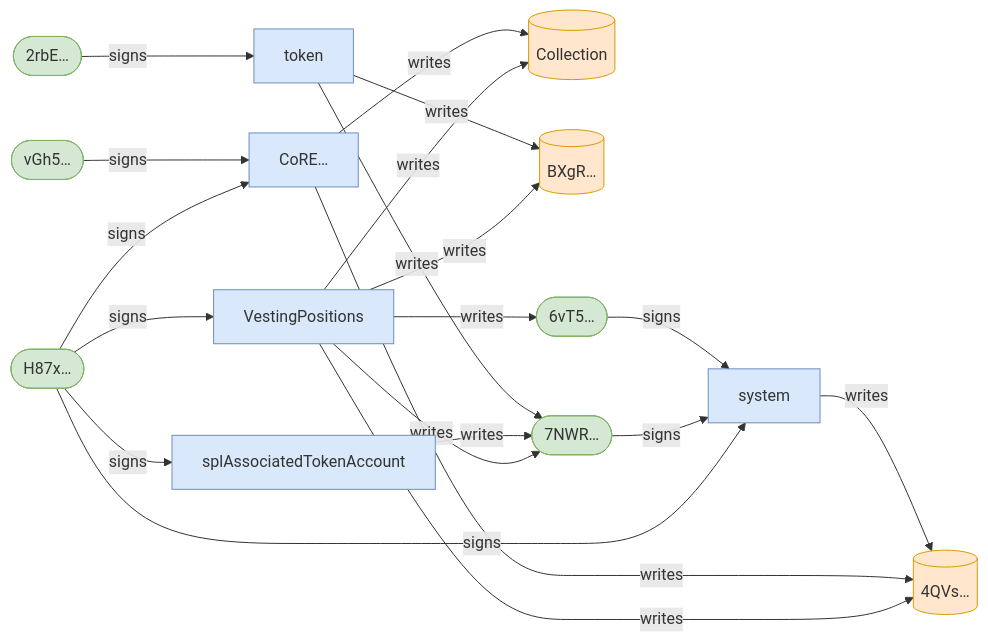
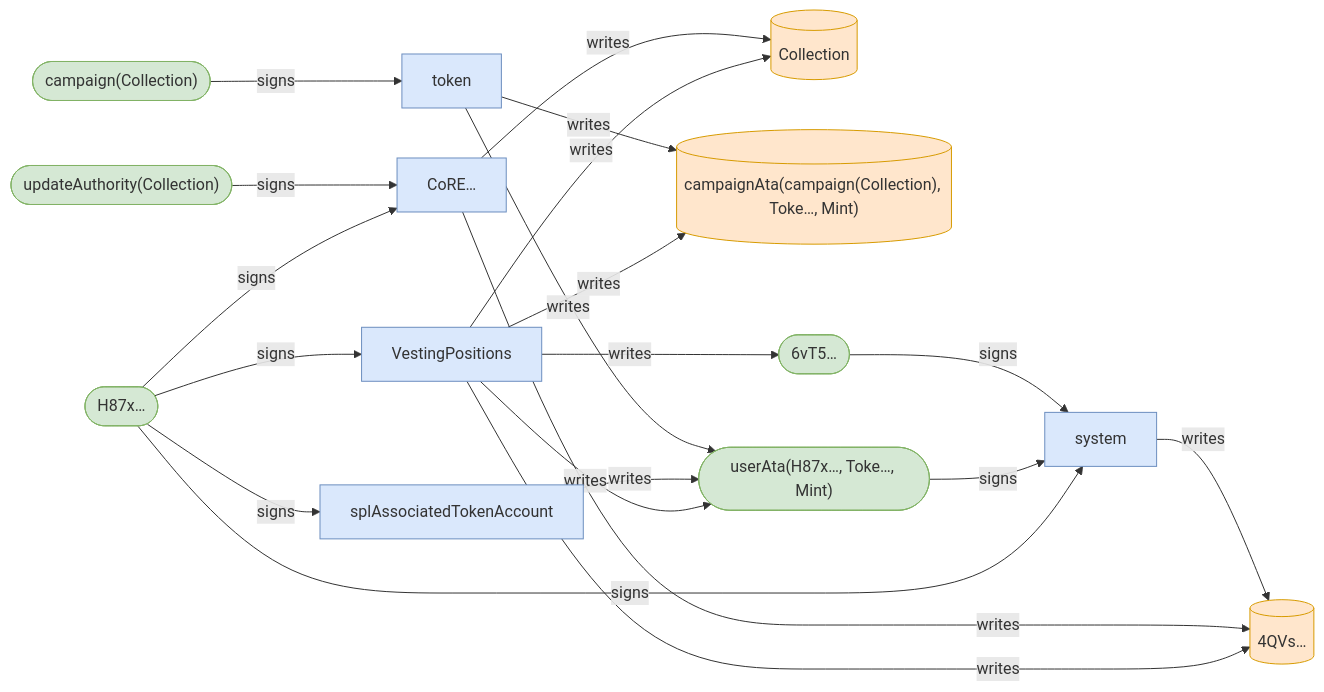
One commit to cds-turbin3/vesting-position changed diagram 11 of 15 in babelfish-tests/test-report/clawback_unclaimed_succeeds_despite_buyers_zeroed_receipt.md. Above: the diagram before and after it, drawn with Mermaid. The commit also changed other lines of this file and 51 other files, not shown here.

````diff
--- a/babelfish-tests/test-report/clawback_unclaimed_succeeds_despite_buyers_zeroed_receipt.md
+++ b/babelfish-tests/test-report/clawback_unclaimed_succeeds_despite_buyers_zeroed_receipt.md
@@ -454,38 +446,38 @@
 ```mermaid
 flowchart LR
     VestingPositions["VestingPositions"]:::program
     H87x(["H87x…"]):::signer
     Collection[("Collection")]:::state
-    BXgR[("BXgR…")]:::state
-    7NWR(["7NWR…"]):::signer
+    campaignAtacampaignCollectionTokeMint[("campaignAta(campaign(Collection), Toke…, Mint)")]:::state
+    userAtaH87xTokeMint(["userAta(H87x…, Toke…, Mint)"]):::signer
     4QVs[("4QVs…")]:::state
     6vT5(["6vT5…"]):::signer
     splAssociatedTokenAccount["splAssociatedTokenAccount"]:::program
     token["token"]:::program
     system["system"]:::program
     CoRE["CoRE…"]:::program
-    vGh5(["vGh5…"]):::signer
-    2rbE(["2rbE…"]):::signer
+    updateAuthorityCollection(["updateAuthority(Collection)"]):::signer
+    campaignCollection(["campaign(Collection)"]):::signer
     H87x -->|signs| VestingPositions
     VestingPositions -->|writes| Collection
-    VestingPositions -->|writes| BXgR
-    VestingPositions -->|writes| 7NWR
+    VestingPositions -->|writes| campaignAtacampaignCollectionTokeMint
+    VestingPositions -->|writes| userAtaH87xTokeMint
     VestingPositions -->|writes| 4QVs
     VestingPositions -->|writes| 6vT5
     H87x -->|signs| splAssociatedTokenAccount
-    splAssociatedTokenAccount -->|writes| 7NWR
+    splAssociatedTokenAccount -->|writes| userAtaH87xTokeMint
     H87x -->|signs| system
-    7NWR -->|signs| system
-    token -->|writes| 7NWR
+    userAtaH87xTokeMint -->|signs| system
+    token -->|writes| userAtaH87xTokeMint
     6vT5 -->|signs| system
     CoRE -->|writes| 4QVs
     CoRE -->|writes| Collection
     H87x -->|signs| CoRE
-    vGh5 -->|signs| CoRE
+    updateAuthorityCollection -->|signs| CoRE
     system -->|writes| 4QVs
-    token -->|writes| BXgR
-    2rbE -->|signs| token
+    token -->|writes| campaignAtacampaignCollectionTokeMint
+    campaignCollection -->|signs| token
     classDef program fill:#dae8fc,stroke:#6c8ebf;
     classDef signer fill:#d5e8d4,stroke:#82b366;
     classDef state fill:#ffe6cc,stroke:#d79b00;
 ```
````
